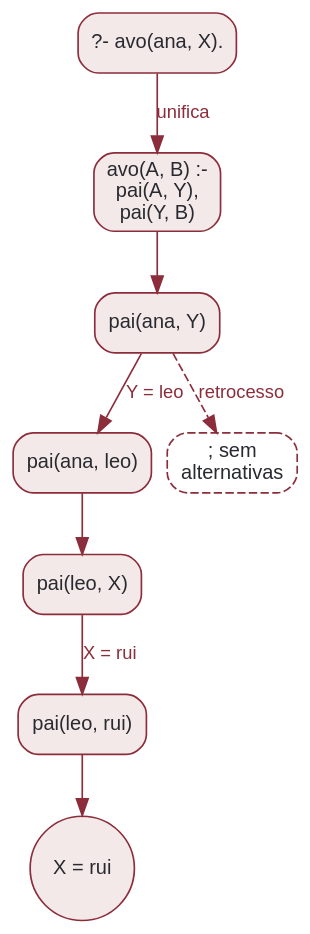
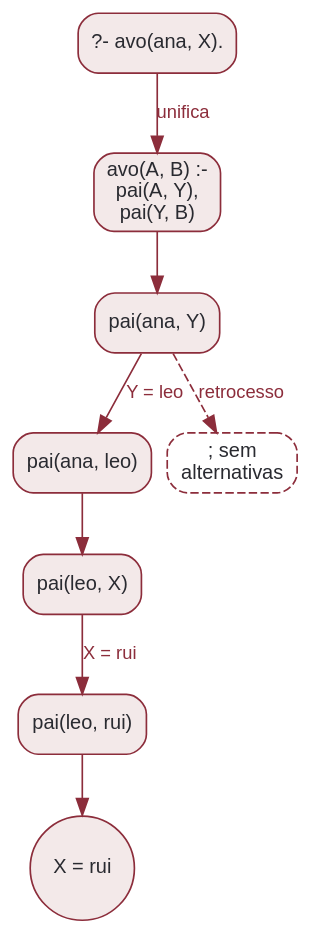
One commit to rodrgds/resumos changed the diagram in src/content/pfl/p7sld.dot. Above: the diagram before and after it, drawn with Graphviz.

Commit message:
docs(pfl): ajustar a margem da árvore ao contentor móvel

```diff
--- a/src/content/pfl/p7sld.dot
+++ b/src/content/pfl/p7sld.dot
@@ -1,20 +1,20 @@
 digraph Procura {
-  graph [bgcolor="transparent", rankdir=TB, pad=0.1, nodesep=0.12];
+  graph [bgcolor="transparent", rankdir=TB, pad=0.06, nodesep=0.12];
   node [shape=box, style="rounded,filled", fillcolor="#f3e9e9", color="#8c2d3b", fontcolor="#292a30", fontname="Arial", fontsize=12];
   edge [color="#8c2d3b", fontcolor="#8c2d3b", fontname="Arial", fontsize=11];
   query [label="?- avo(ana, X)."];
   regra [label="avo(A, B) :-\npai(A, Y),\npai(Y, B)"];
   g1 [label="pai(ana, Y)"];
   f1 [label="pai(ana, leo)"];
   g2 [label="pai(leo, X)"];
   f2 [label="pai(leo, rui)"];
   ok [label="X = rui", shape=circle];
   query -> regra [label="unifica"];
   regra -> g1;
   g1 -> f1 [label="Y = leo"];
   f1 -> g2;
   g2 -> f2 [label="X = rui"];
   f2 -> ok;
   resto [label="; sem\nalternativas", style="rounded,dashed"];
   g1 -> resto [style=dashed, label="retrocesso"];
 }
```
